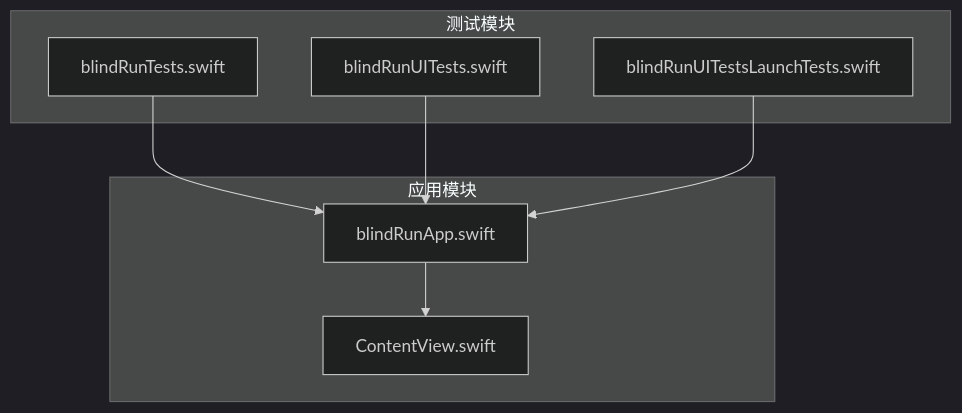
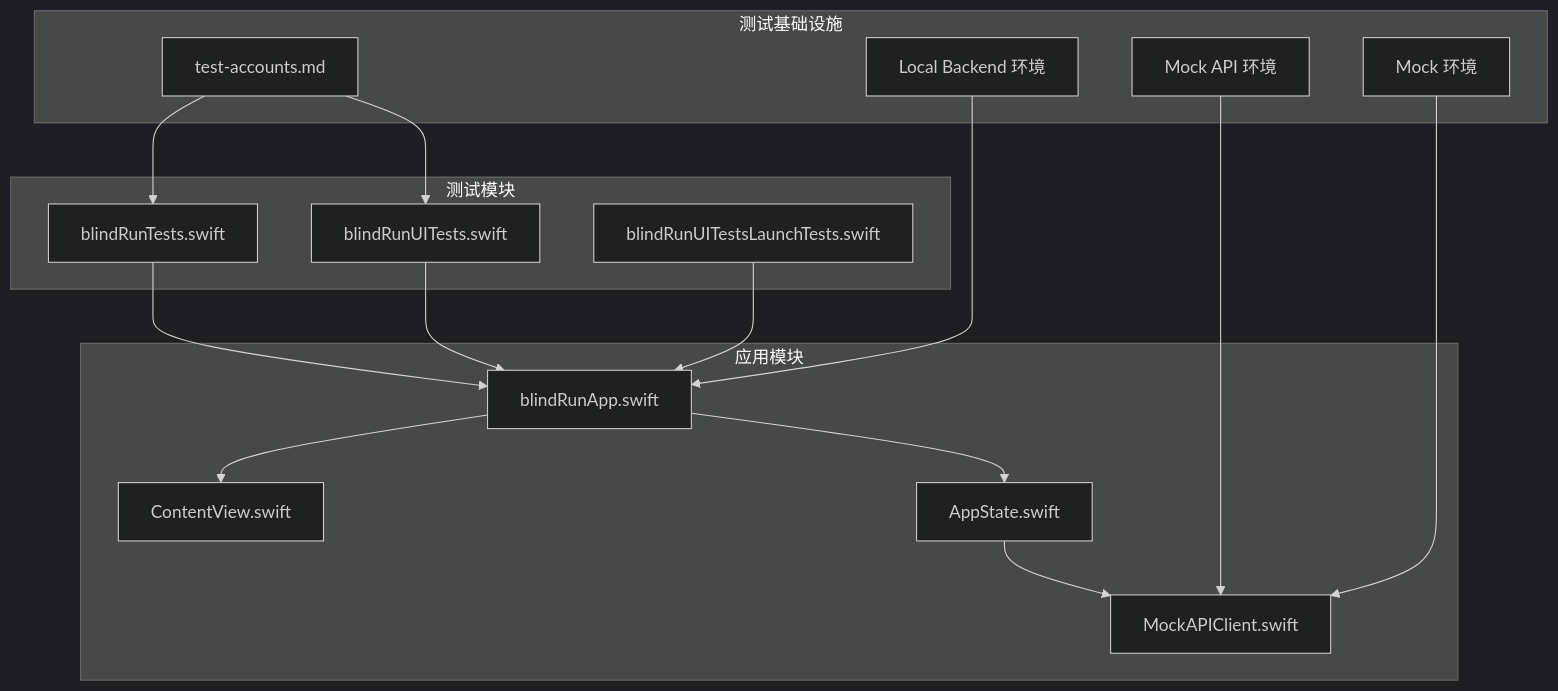
Before and after one commit to Jayden23018/blind-run-ios: the first of 12 diagrams in .qoder/repowiki/zh/content/测试策略/测试策略.md, drawn with Mermaid (dark theme). The commit also changed other lines of this file and 22 other files, not shown here.

````diff
--- a/.qoder/repowiki/zh/content/测试策略/测试策略.md
+++ b/.qoder/repowiki/zh/content/测试策略/测试策略.md
@@ -42,16 +52,31 @@
 ```mermaid
 graph TB
 subgraph "应用模块"
 A["blindRunApp.swift"]
 B["ContentView.swift"]
+C["AppState.swift"]
+D["MockAPIClient.swift"]
 end
 subgraph "测试模块"
 T1["blindRunTests.swift"]
 T2["blindRunUITests.swift"]
 T3["blindRunUITestsLaunchTests.swift"]
 end
+subgraph "测试基础设施"
+TA["test-accounts.md"]
+MA["Mock API 环境"]
+LA["Local Backend 环境"]
+ME["Mock 环境"]
+end
 A --> B
+A --> C
+C --> D
 T1 --> A
 T2 --> A
 T3 --> A
+TA --> T1
+TA --> T2
+MA --> D
+LA --> A
+ME --> D
 ```
````
